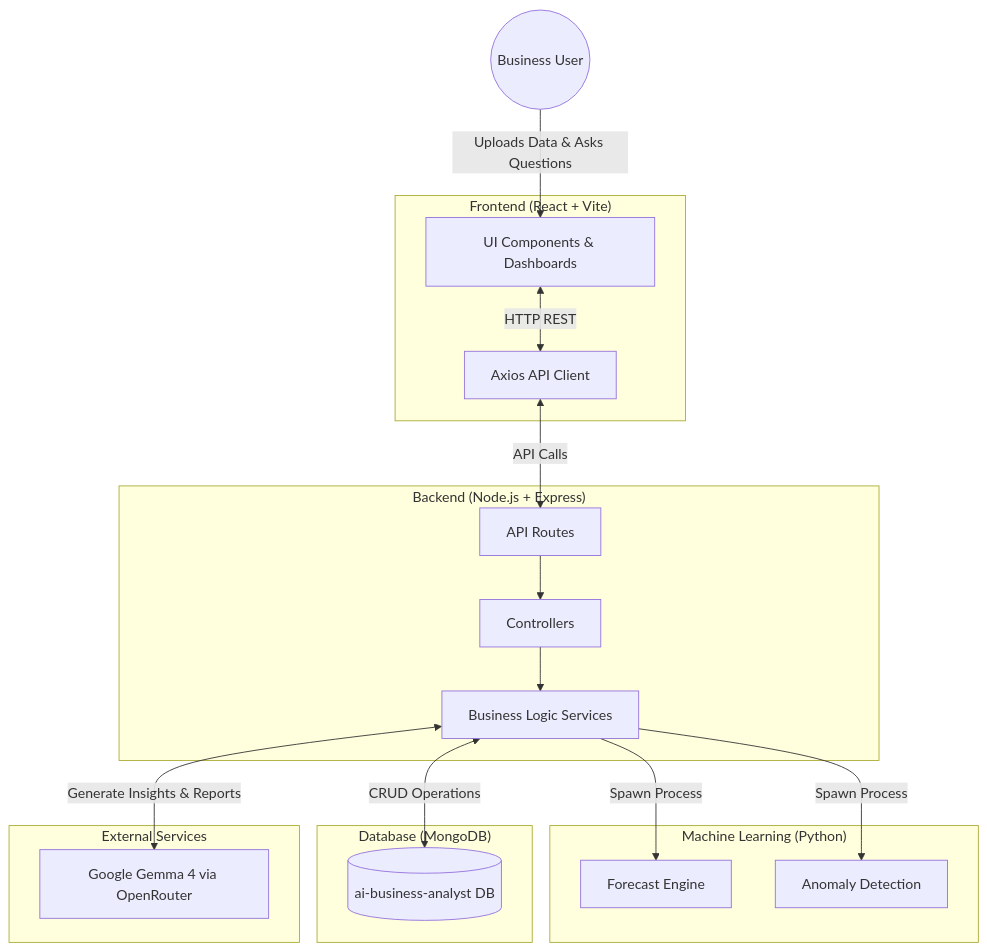
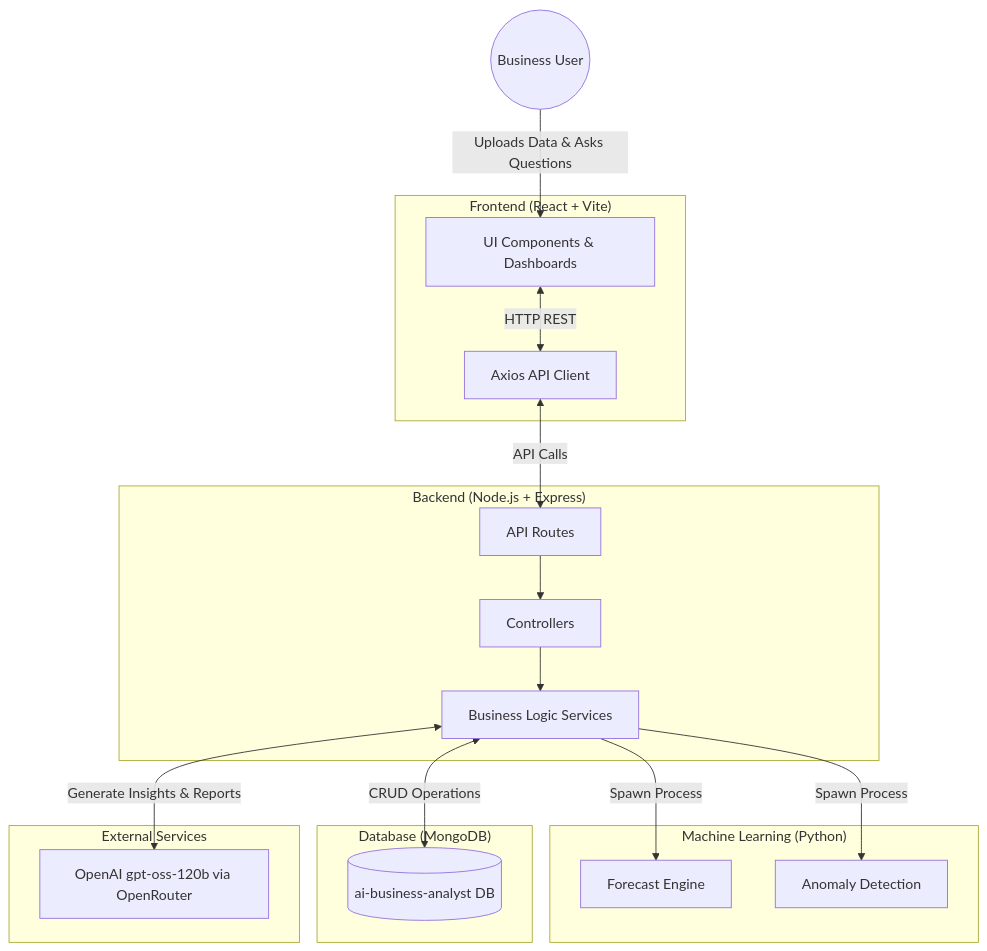
One commit to LakshyaDuhoonISU/AIBusinessAnalyst changed the diagram in README.md. Above: the diagram before and after it, drawn with Mermaid. The commit also changed other lines of this file, not shown here.

Commit message:
updated model name in readme

````diff
--- a/README.md
+++ b/README.md
@@ -21,44 +21,44 @@
 ```mermaid
 graph TD
     %% Nodes
     User((Business User))
     
     subgraph "Frontend (React + Vite)"
         UI[UI Components & Dashboards]
         APIClient[Axios API Client]
     end
     
     subgraph "Backend (Node.js + Express)"
         Router[API Routes]
         Controllers[Controllers]
         Services[Business Logic Services]
     end
     
     subgraph "Machine Learning (Python)"
         Forecast[Forecast Engine]
         Anomaly[Anomaly Detection]
     end
     
     subgraph "Database (MongoDB)"
         DB[(ai-business-analyst DB)]
     end
     
     subgraph "External Services"
-        LLM[Google Gemma 4 via OpenRouter]
+        LLM[OpenAI gpt-oss-120b via OpenRouter]
     end
 
     %% Interactions
     User -->|Uploads Data & Asks Questions| UI
     UI <-->|HTTP REST| APIClient
     
     APIClient <-->|API Calls| Router
     Router --> Controllers
     Controllers --> Services
     
     Services <-->|CRUD Operations| DB
     
     Services -->|Spawn Process| Forecast
     Services -->|Spawn Process| Anomaly
     
     Services <-->|Generate Insights & Reports| LLM
 ```
````
